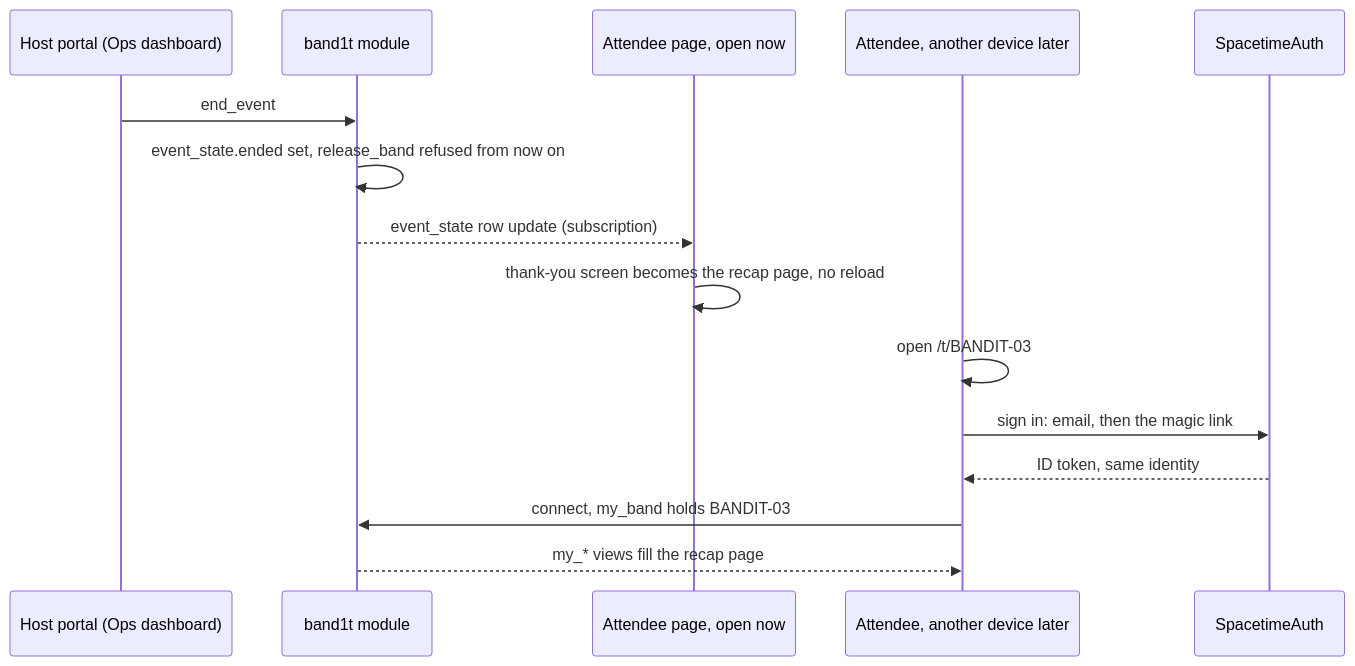
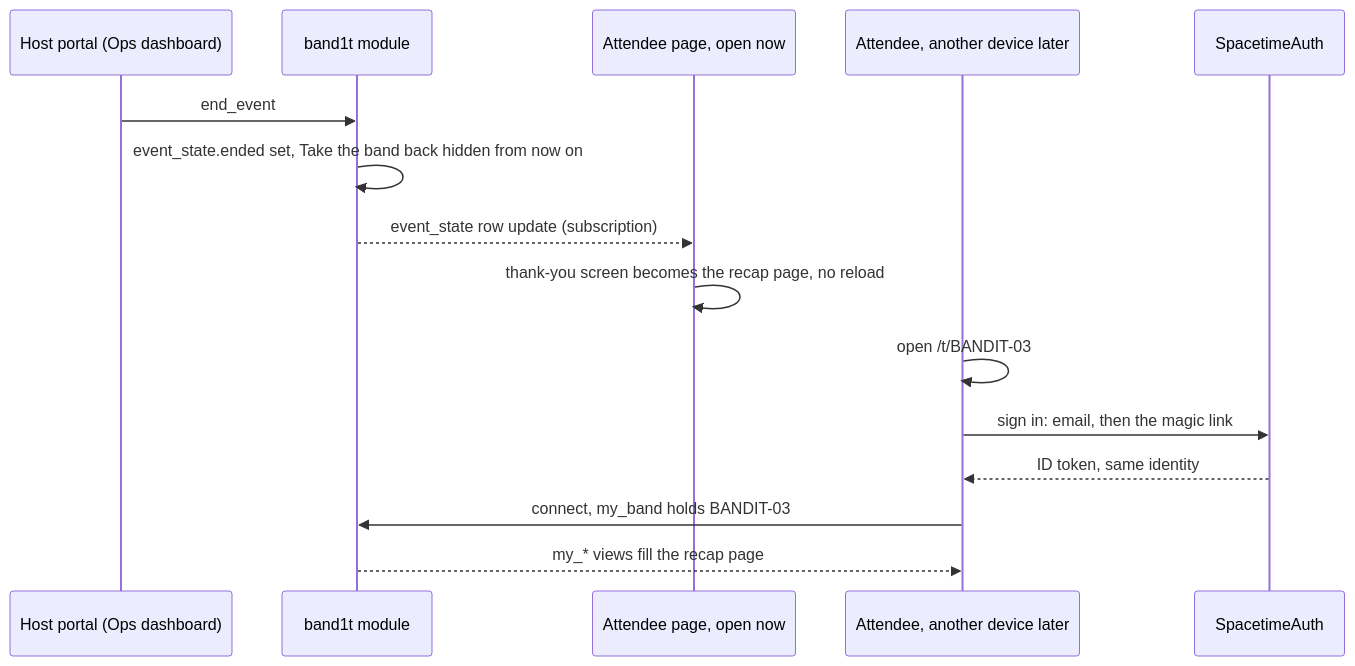
The fourth of 4 diagrams in System Design/5-apps/Attendee-App.md (viktorinkov/cal-hacks-13), drawn with Mermaid before and after one commit. The commit also changed other lines of this file and 20 other files, not shown here.

````diff
--- a/System Design/5-apps/Attendee-App.md
+++ b/System Design/5-apps/Attendee-App.md
@@ -194,17 +198,17 @@
 ```mermaid
 sequenceDiagram
     participant Host as Host portal (Ops dashboard)
     participant Mod as band1t module
     participant P as Attendee page, open now
     participant Q as Attendee, another device later
     participant Auth as SpacetimeAuth
     Host->>Mod: end_event
-    Mod->>Mod: event_state.ended set, release_band refused from now on
+    Mod->>Mod: event_state.ended set, Take the band back hidden from now on
     Mod-->>P: event_state row update (subscription)
     P->>P: thank-you screen becomes the recap page, no reload
     Q->>Q: open /t/BANDIT-03
     Q->>Auth: sign in: email, then the magic link
     Auth-->>Q: ID token, same identity
     Q->>Mod: connect, my_band holds BANDIT-03
     Mod-->>Q: my_* views fill the recap page
 ```
````
